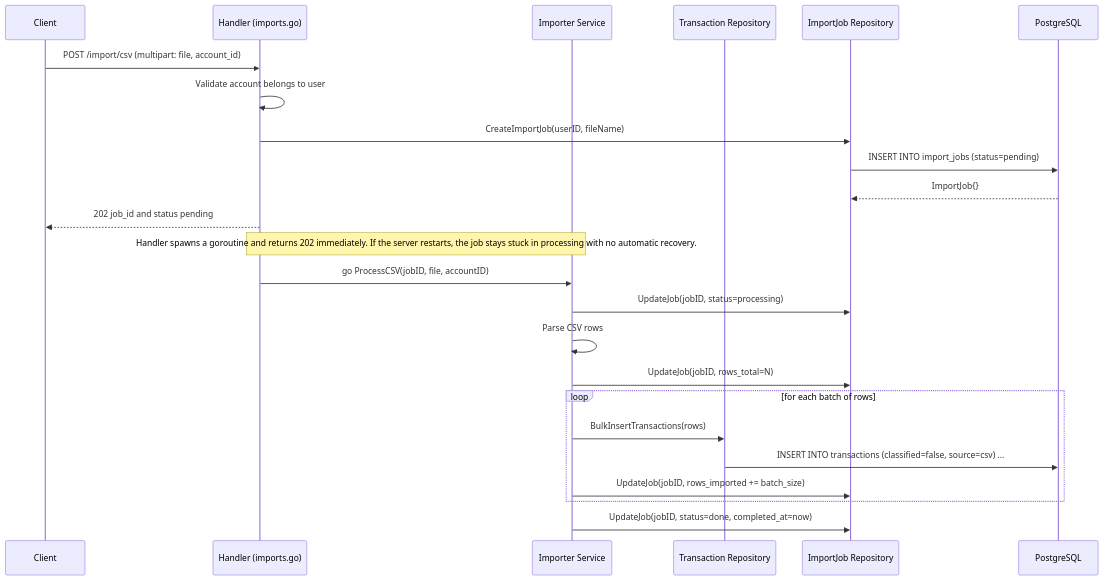
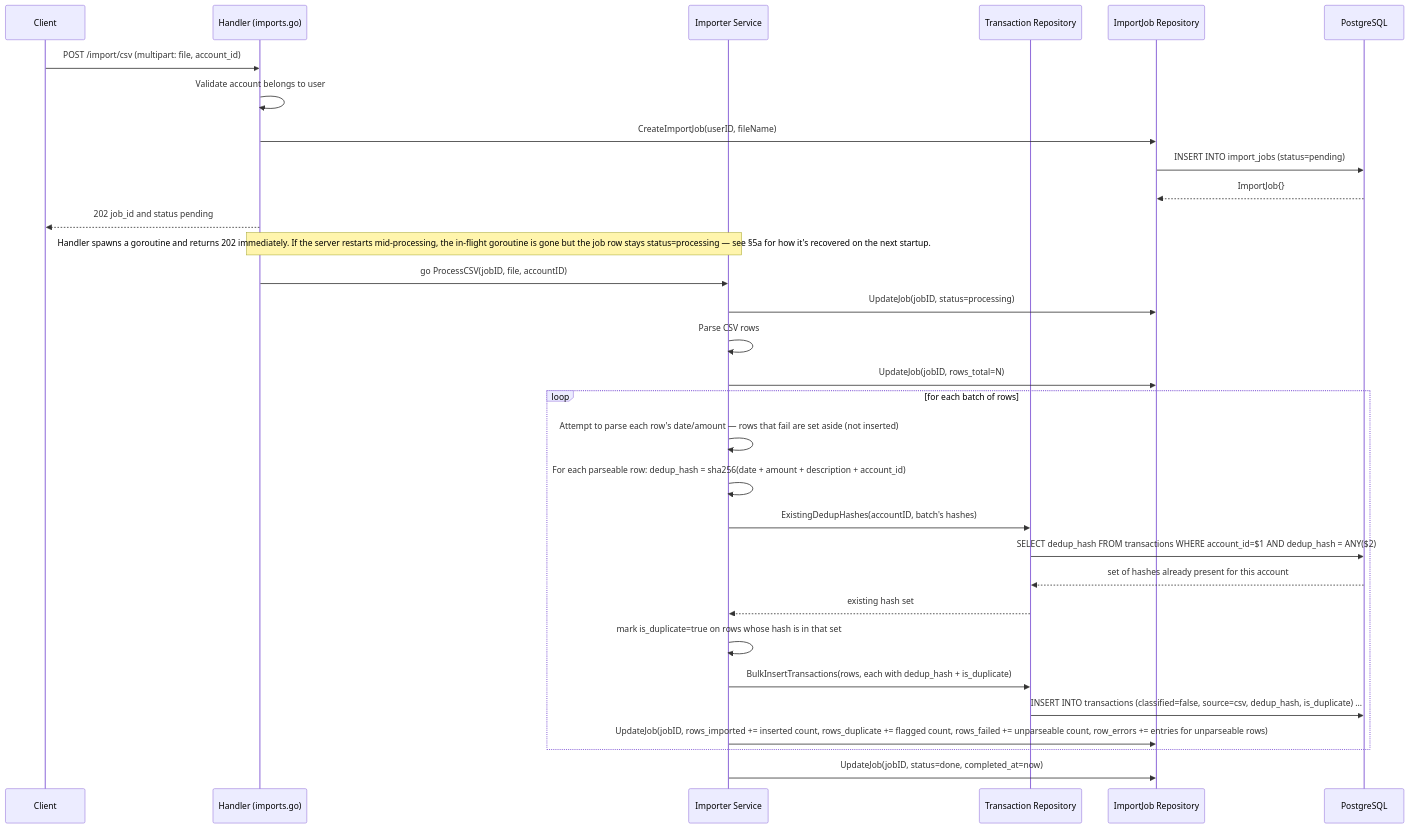
The eighth of 13 diagrams in backend/docs/flows.md (ppinedo0714/a-couple-of-coins), drawn with Mermaid before and after one commit. The commit also changed other lines of this file and 3 other files, not shown here.

````diff
--- a/backend/docs/flows.md
+++ b/backend/docs/flows.md
@@ -148,31 +330,38 @@
 ```mermaid
 sequenceDiagram
     participant C as Client
     participant H as Handler (imports.go)
     participant IS as Importer Service
     participant TR as Transaction Repository
     participant IR as ImportJob Repository
     participant DB as PostgreSQL
 
     C->>H: POST /import/csv (multipart: file, account_id)
     H->>H: Validate account belongs to user
     H->>IR: CreateImportJob(userID, fileName)
     IR->>DB: INSERT INTO import_jobs (status=pending)
     DB-->>IR: ImportJob{}
     H-->>C: 202 job_id and status pending
 
-    Note over H,IS: Handler spawns a goroutine and returns 202 immediately. If the server restarts, the job stays stuck in processing with no automatic recovery.
+    Note over H,IS: Handler spawns a goroutine and returns 202 immediately. If the server restarts mid-processing, the in-flight goroutine is gone but the job row stays status=processing — see §5a for how it's recovered on the next startup.
 
     H->>IS: go ProcessCSV(jobID, file, accountID)
     IS->>IR: UpdateJob(jobID, status=processing)
     IS->>IS: Parse CSV rows
     IS->>IR: UpdateJob(jobID, rows_total=N)
 
     loop for each batch of rows
-        IS->>TR: BulkInsertTransactions(rows)
-        TR->>DB: INSERT INTO transactions (classified=false, source=csv) ...
-        IS->>IR: UpdateJob(jobID, rows_imported += batch_size)
+        IS->>IS: Attempt to parse each row's date/amount — rows that fail are set aside (not inserted)
+        IS->>IS: For each parseable row: dedup_hash = sha256(date + amount + description + account_id)
+        IS->>TR: ExistingDedupHashes(accountID, batch's hashes)
+        TR->>DB: SELECT dedup_hash FROM transactions WHERE account_id=$1 AND dedup_hash = ANY($2)
+        DB-->>TR: set of hashes already present for this account
+        TR-->>IS: existing hash set
+        IS->>IS: mark is_duplicate=true on rows whose hash is in that set
+        IS->>TR: BulkInsertTransactions(rows, each with dedup_hash + is_duplicate)
+        TR->>DB: INSERT INTO transactions (classified=false, source=csv, dedup_hash, is_duplicate) ...
+        IS->>IR: UpdateJob(jobID, rows_imported += inserted count, rows_duplicate += flagged count, rows_failed += unparseable count, row_errors += entries for unparseable rows)
     end
 
     IS->>IR: UpdateJob(jobID, status=done, completed_at=now)
 ```
````
